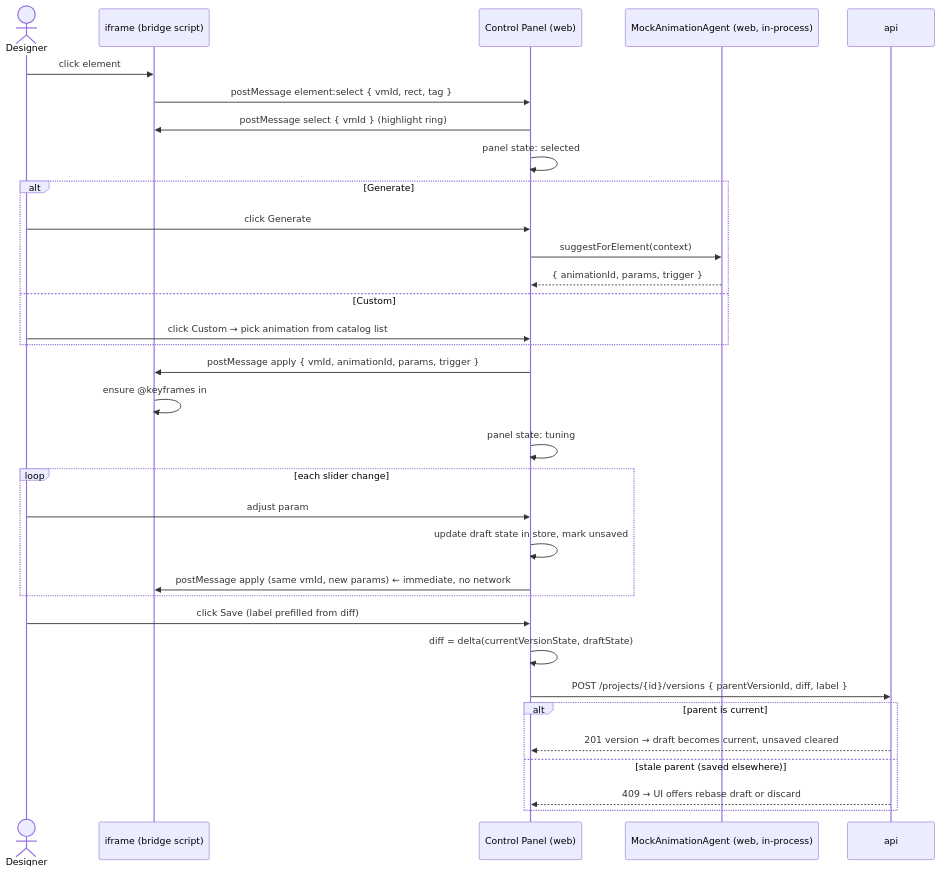
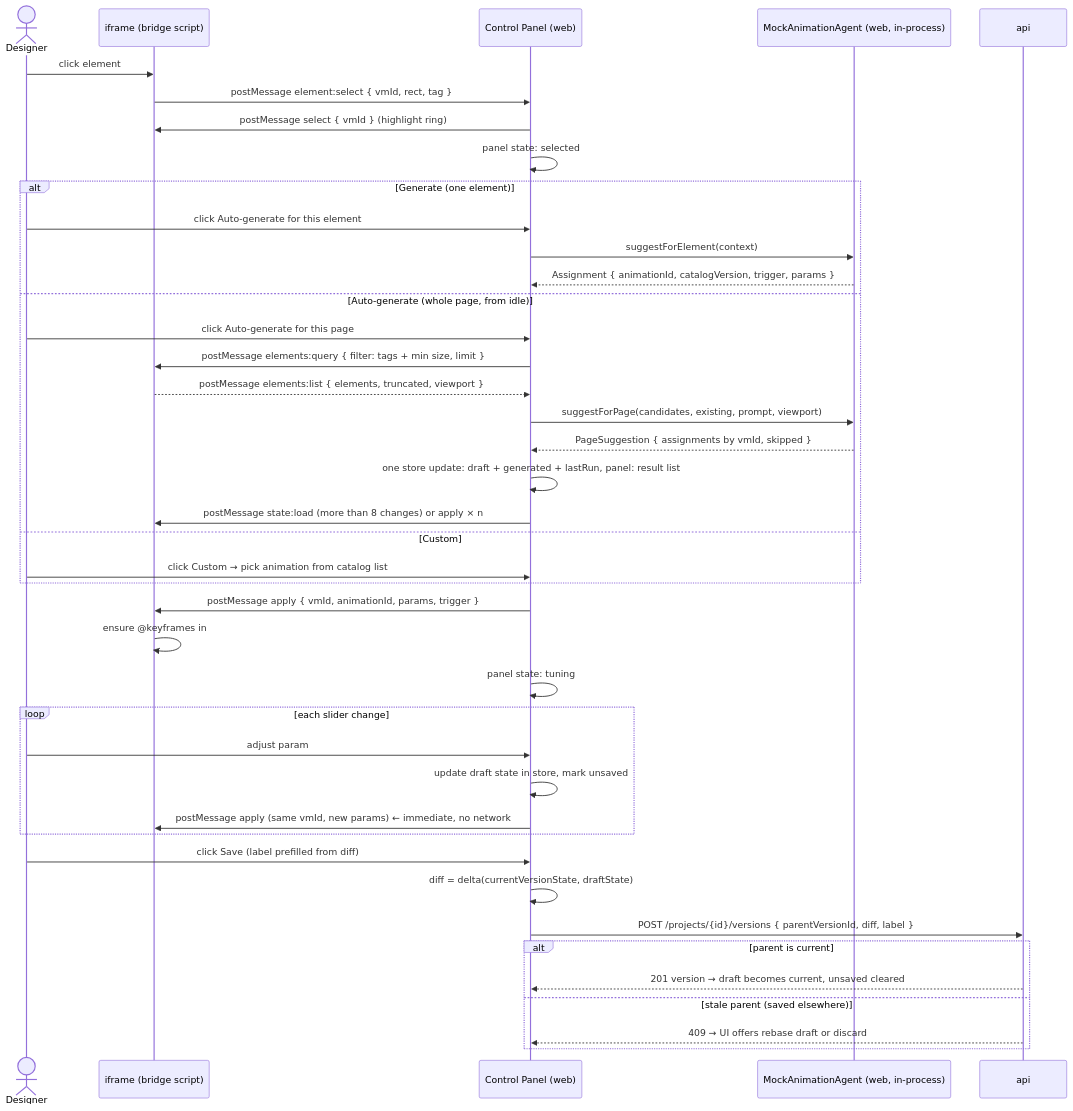
One commit to ludaxkris/vibe_motion changed the fourth of 12 diagrams in docs/architecture.md. Above: the diagram before and after it, drawn with Mermaid. The commit also changed 39 other files, not shown here.

Commit message:
feat(phase-5): mock agent flows — Generate, Auto-generate, result list (Track B) (#21)

````diff
--- a/docs/architecture.md
+++ b/docs/architecture.md
@@ -88,40 +88,48 @@
 ```mermaid
 sequenceDiagram
   actor D as Designer
   participant F as iframe (bridge script)
   participant W as Control Panel (web)
   participant M as MockAnimationAgent (web, in-process)
   participant A as api
 
   D->>F: click element
   F->>W: postMessage element:select { vmId, rect, tag }
   W->>F: postMessage select { vmId }  (highlight ring)
   W->>W: panel state: selected
 
-  alt Generate
-    D->>W: click Generate
+  alt Generate (one element)
+    D->>W: click Auto-generate for this element
     W->>M: suggestForElement(context)
-    M-->>W: { animationId, params, trigger }
+    M-->>W: Assignment { animationId, catalogVersion, trigger, params }
+  else Auto-generate (whole page, from idle)
+    D->>W: click Auto-generate for this page
+    W->>F: postMessage elements:query { filter: tags + min size, limit }
+    F-->>W: postMessage elements:list { elements, truncated, viewport }
+    W->>M: suggestForPage(candidates, existing, prompt, viewport)
+    M-->>W: PageSuggestion { assignments by vmId, skipped }
+    W->>W: one store update: draft + generated + lastRun, panel: result list
+    W->>F: postMessage state:load (more than 8 changes) or apply × n
   else Custom
     D->>W: click Custom → pick animation from catalog list
   end
 
   W->>F: postMessage apply { vmId, animationId, params, trigger }
   F->>F: ensure @keyframes in #vm-runtime,<br/>set inline animation-* and --vm-* on element
   W->>W: panel state: tuning
 
   loop each slider change
     D->>W: adjust param
     W->>W: update draft state in store, mark unsaved
     W->>F: postMessage apply (same vmId, new params)   ← immediate, no network
   end
 
   D->>W: click Save (label prefilled from diff)
   W->>W: diff = delta(currentVersionState, draftState)
   W->>A: POST /projects/{id}/versions { parentVersionId, diff, label }
   alt parent is current
     A-->>W: 201 version → draft becomes current, unsaved cleared
   else stale parent (saved elsewhere)
     A-->>W: 409 → UI offers rebase draft or discard
   end
 ```
````
